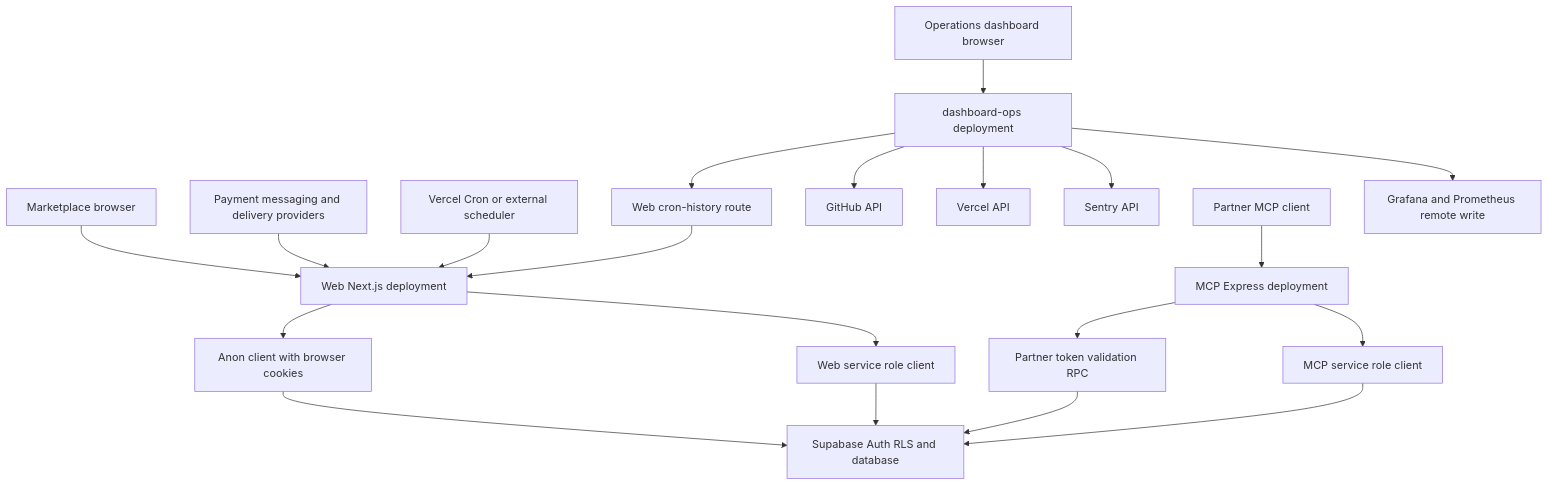
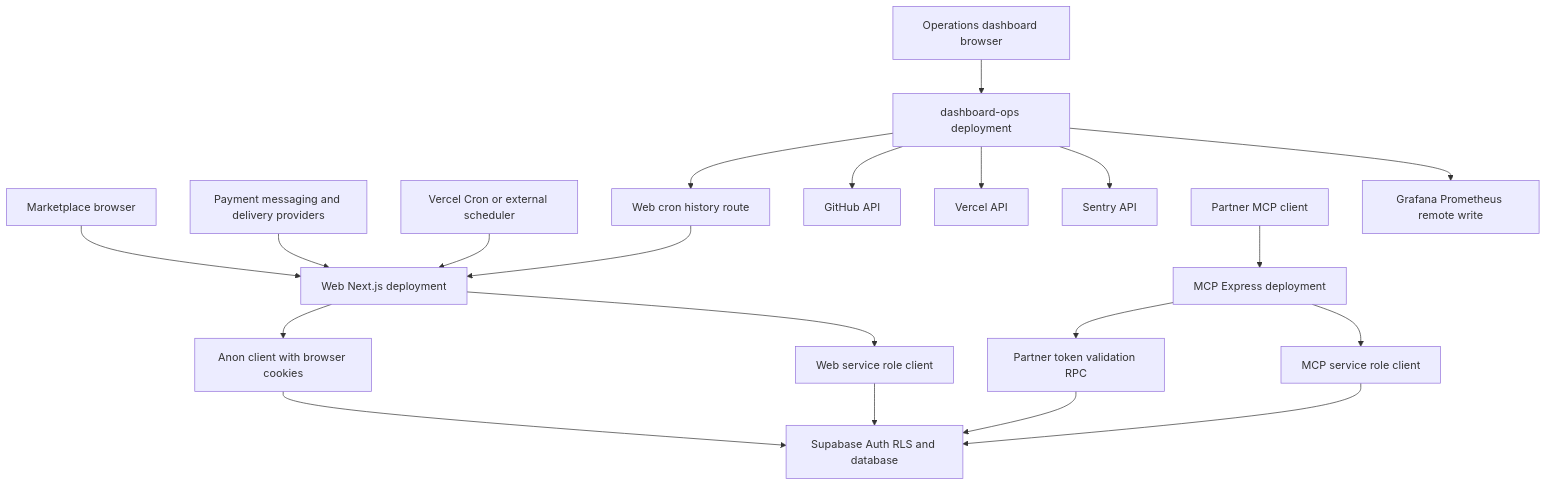
One commit to Schneider-Gr/industria24hIA changed the first of 2 diagrams in openwiki/architecture/system-map.md. Above: the diagram before and after it, drawn with Mermaid. The commit also changed other lines of this file and 32 other files, not shown here.

````diff
--- a/openwiki/architecture/system-map.md
+++ b/openwiki/architecture/system-map.md
@@ -109,22 +117,22 @@
 ```mermaid
 flowchart TD
   Shopper["Marketplace browser"] --> Web["Web Next.js deployment"]
   OpsUser["Operations dashboard browser"] --> Ops["dashboard-ops deployment"]
   Partner["Partner MCP client"] --> MCP["MCP Express deployment"]
-  Provider["Payment messaging and delivery providers"] --> Web
-  Tick["Vercel Cron or external scheduler"] --> Web
+  Providers["Payment messaging and delivery providers"] --> Web
+  Scheduler["Vercel Cron or external scheduler"] --> Web
   Web --> Session["Anon client with browser cookies"]
   Web --> Service["Web service role client"]
   Session --> Supabase["Supabase Auth RLS and database"]
   Service --> Supabase
   MCP --> Token["Partner token validation RPC"]
   Token --> Supabase
   MCP --> MCPService["MCP service role client"]
   MCPService --> Supabase
   Ops --> GitHub["GitHub API"]
   Ops --> Vercel["Vercel API"]
   Ops --> Sentry["Sentry API"]
-  Ops --> WebCron["Web cron-history route"]
+  Ops --> WebCron["Web cron history route"]
   WebCron --> Web
-  Ops --> Grafana["Grafana and Prometheus remote write"]
+  Ops --> Grafana["Grafana Prometheus remote write"]
 ```
````
